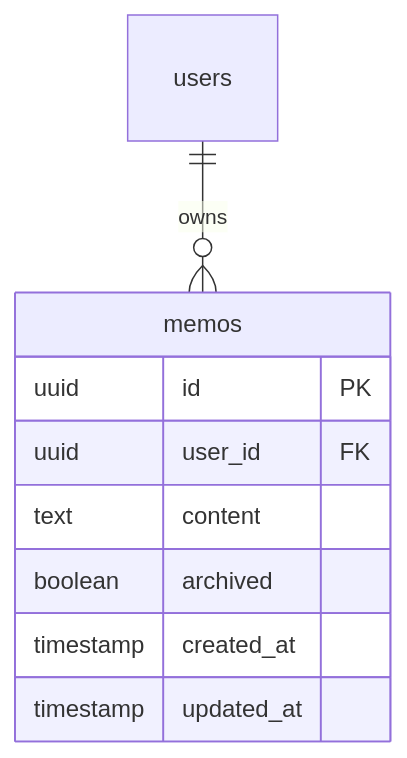
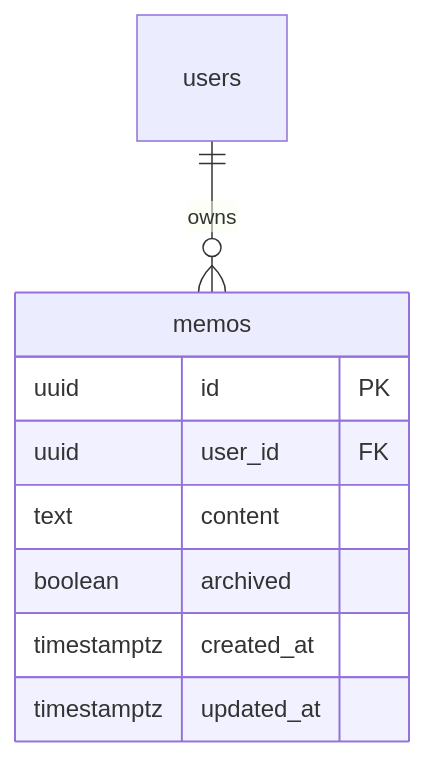
One commit to yu-min3/kensan changed the second of 3 diagrams in backend/services/memo/ARCHITECTURE.md. Above: the diagram before and after it, drawn with Mermaid. The commit also changed other lines of this file and 117 other files, not shown here.

````diff
--- a/backend/services/memo/ARCHITECTURE.md
+++ b/backend/services/memo/ARCHITECTURE.md
@@ -37,13 +48,13 @@
 ```mermaid
 erDiagram
     memos {
         uuid id PK
         uuid user_id FK
         text content
         boolean archived
-        timestamp created_at
-        timestamp updated_at
+        timestamptz created_at
+        timestamptz updated_at
     }
 
     users ||--o{ memos : "owns"
 ```
````
